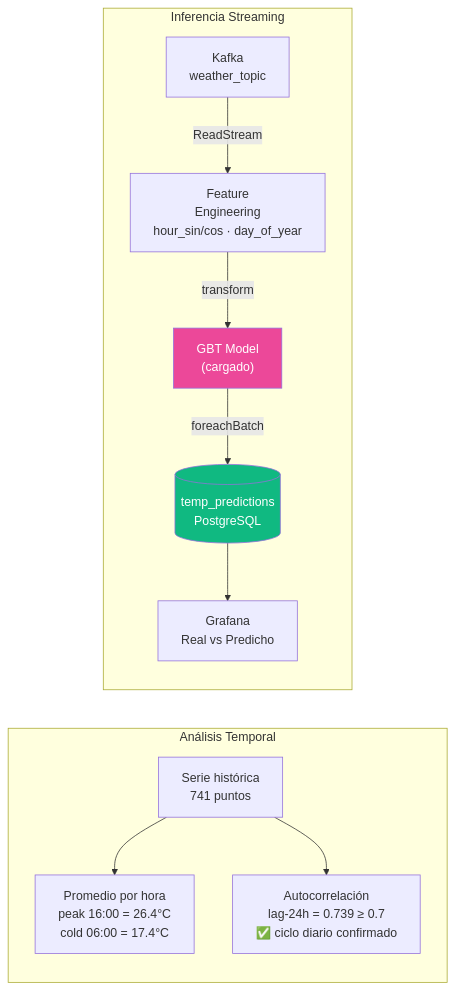
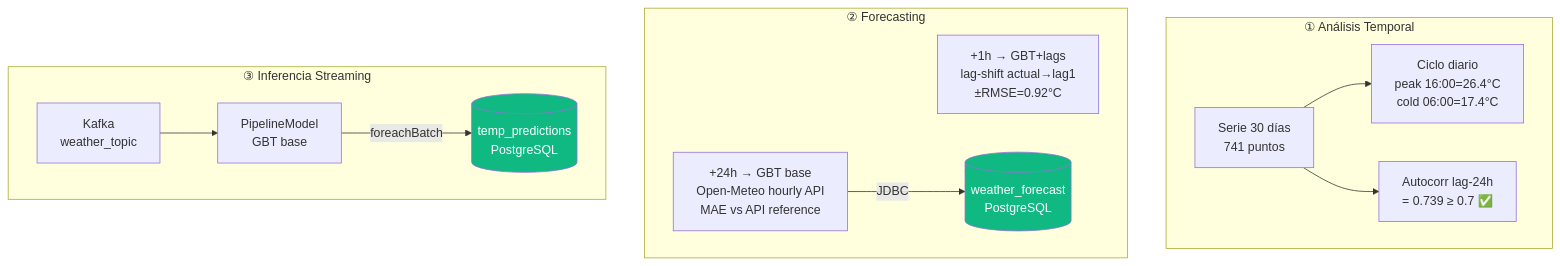
One commit to TheReeds/big-data-pipelineML changed the diagram in docs/s10_series_tiempo.md. Above: the diagram before and after it, drawn with Mermaid. The commit also changed other lines of this file and 8 other files, not shown here.

````diff
--- a/docs/s10_series_tiempo.md
+++ b/docs/s10_series_tiempo.md
@@ -7,28 +7,33 @@
 ```mermaid
-flowchart LR
-    subgraph ts["Análisis Temporal"]
-        HIST["Serie histórica
-741 puntos"] --> HOUR["Promedio por hora
-peak 16:00 = 26.4°C
-cold 06:00 = 17.4°C"]
-        HIST --> AUTO["Autocorrelación
-lag-24h = 0.739 ≥ 0.7
-✅ ciclo diario confirmado"]
+flowchart TB
+    subgraph analisis["① Análisis Temporal"]
+        HIST["Serie 30 días
+741 puntos"] --> HOUR["Ciclo diario
+peak 16:00=26.4°C
+cold 06:00=17.4°C"]
+        HIST --> AUTO["Autocorr lag-24h
+= 0.739 ≥ 0.7 ✅"]
     end
 
-    subgraph inf["Inferencia Streaming"]
-        KAFKA["Kafka
-weather_topic"] -->|"ReadStream"| FEAT["Feature
-Engineering
-hour_sin/cos · day_of_year"]
-        FEAT -->|"transform"| MODEL["GBT Model
-(cargado)"]
-        MODEL -->|"foreachBatch"| PG[("temp_predictions
+    subgraph forecast["② Forecasting"]
+        F1H["+1h → GBT+lags
+lag-shift actual→lag1
+±RMSE=0.92°C"]
+        F24H["+24h → GBT base
+Open-Meteo hourly API
+MAE vs API reference"]
+        F24H -->|"JDBC"| WF[("weather_forecast
 PostgreSQL")]
-        PG --> GRAF["Grafana
-Real vs Predicho"]
     end
 
-    style MODEL fill:#ec4899,color:#fff
-    style PG fill:#10b981,color:#fff
+    subgraph streaming["③ Inferencia Streaming"]
+        KAFKA["Kafka
+weather_topic"] --> MODEL["PipelineModel
+GBT base"]
+        MODEL -->|"foreachBatch"| TP[("temp_predictions
+PostgreSQL")]
+    end
+
+    style WF fill:#10b981,color:#fff
+    style TP fill:#10b981,color:#fff
 ```
````
